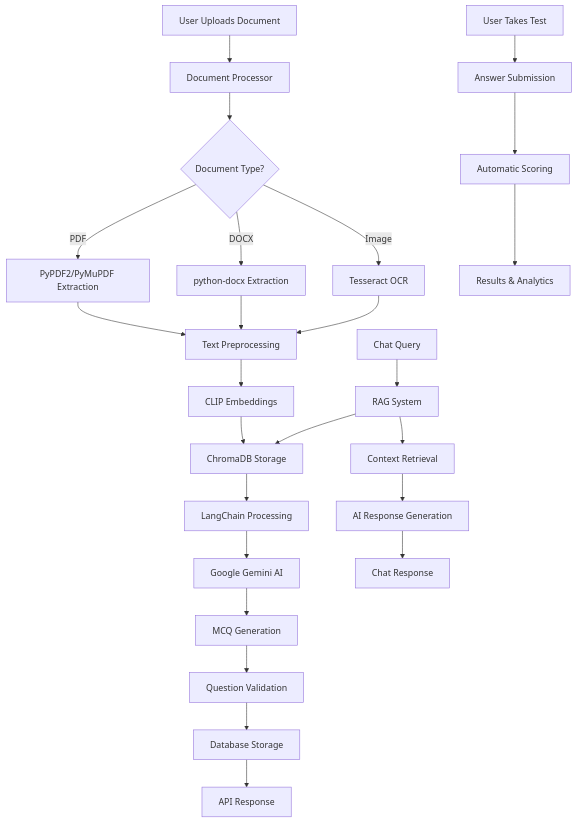
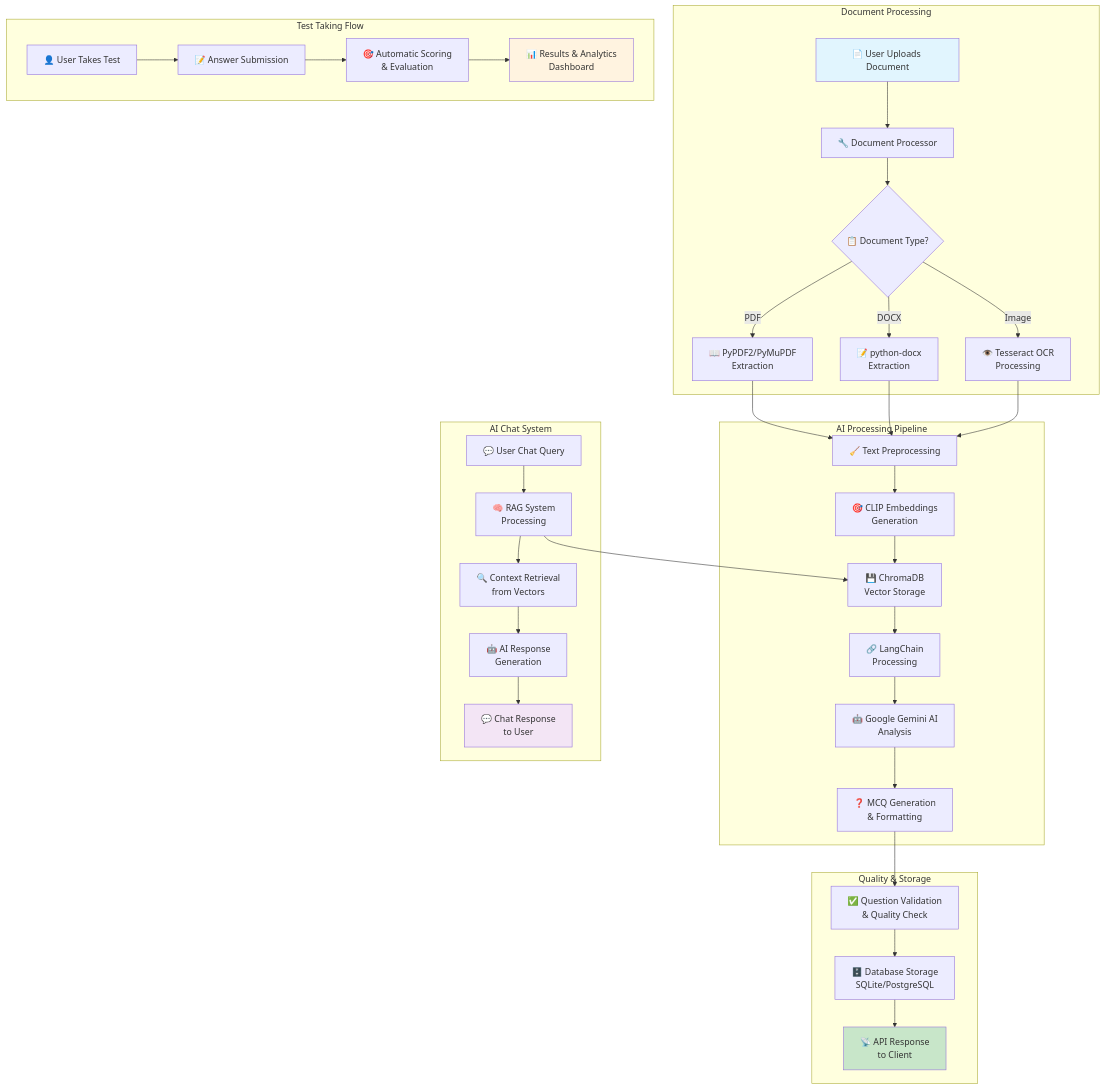
Before and after one commit to Prabhat9801/Fastapi-mcq-platform: the diagram in README.md, drawn with Mermaid. The commit also changed other lines of this file, not shown here.

````diff
--- a/README.md
+++ b/README.md
@@ -437,33 +439,46 @@
 ```mermaid
-graph TD
-    A[User Uploads Document] --> B[Document Processor]
-    B --> C{Document Type?}
-    C -->|PDF| D[PyPDF2/PyMuPDF Extraction]
-    C -->|DOCX| E[python-docx Extraction]
-    C -->|Image| F[Tesseract OCR]
+graph TB
+    subgraph "Document Processing"
+        A[📄 User Uploads Document] --> B[🔧 Document Processor]
+        B --> C{📋 Document Type?}
+        C -->|PDF| D[📖 PyPDF2/PyMuPDF<br/>Extraction]
+        C -->|DOCX| E[📝 python-docx<br/>Extraction]
+        C -->|Image| F[👁️ Tesseract OCR<br/>Processing]
+    end
     
-    D --> G[Text Preprocessing]
-    E --> G
-    F --> G
+    subgraph "AI Processing Pipeline"
+        D --> G[🧹 Text Preprocessing]
+        E --> G
+        F --> G
+        G --> H[🎯 CLIP Embeddings<br/>Generation]
+        H --> I[💾 ChromaDB<br/>Vector Storage]
+        I --> J[🔗 LangChain<br/>Processing]
+        J --> K[🤖 Google Gemini AI<br/>Analysis]
+        K --> L[❓ MCQ Generation<br/>& Formatting]
+    end
     
-    G --> H[CLIP Embeddings]
-    H --> I[ChromaDB Storage]
+    subgraph "Quality & Storage"
+        L --> M[✅ Question Validation<br/>& Quality Check]
+        M --> N[🗄️ Database Storage<br/>SQLite/PostgreSQL]
+        N --> O[📡 API Response<br/>to Client]
+    end
     
-    I --> J[LangChain Processing]
-    J --> K[Google Gemini AI]
-    K --> L[MCQ Generation]
+    subgraph "Test Taking Flow"
+        P[👤 User Takes Test] --> Q[📝 Answer Submission]
+        Q --> R[🎯 Automatic Scoring<br/>& Evaluation]
+        R --> S[📊 Results & Analytics<br/>Dashboard]
+    end
     
-    L --> M[Question Validation]
-    M --> N[Database Storage]
-    N --> O[API Response]
+    subgraph "AI Chat System"
+        T[💬 User Chat Query] --> U[🧠 RAG System<br/>Processing]
+        U --> I
+        U --> V[🔍 Context Retrieval<br/>from Vectors]
+        V --> W[🤖 AI Response<br/>Generation]
+        W --> X[💬 Chat Response<br/>to User]
+    end
     
-    P[User Takes Test] --> Q[Answer Submission]
-    Q --> R[Automatic Scoring]
-    R --> S[Results & Analytics]
-    
-    T[Chat Query] --> U[RAG System]
-    U --> I
-    U --> V[Context Retrieval]
-    V --> W[AI Response Generation]
-    W --> X[Chat Response]
+    style A fill:#e1f5fe
+    style O fill:#c8e6c9
+    style S fill:#fff3e0
+    style X fill:#f3e5f5
 ```
````
